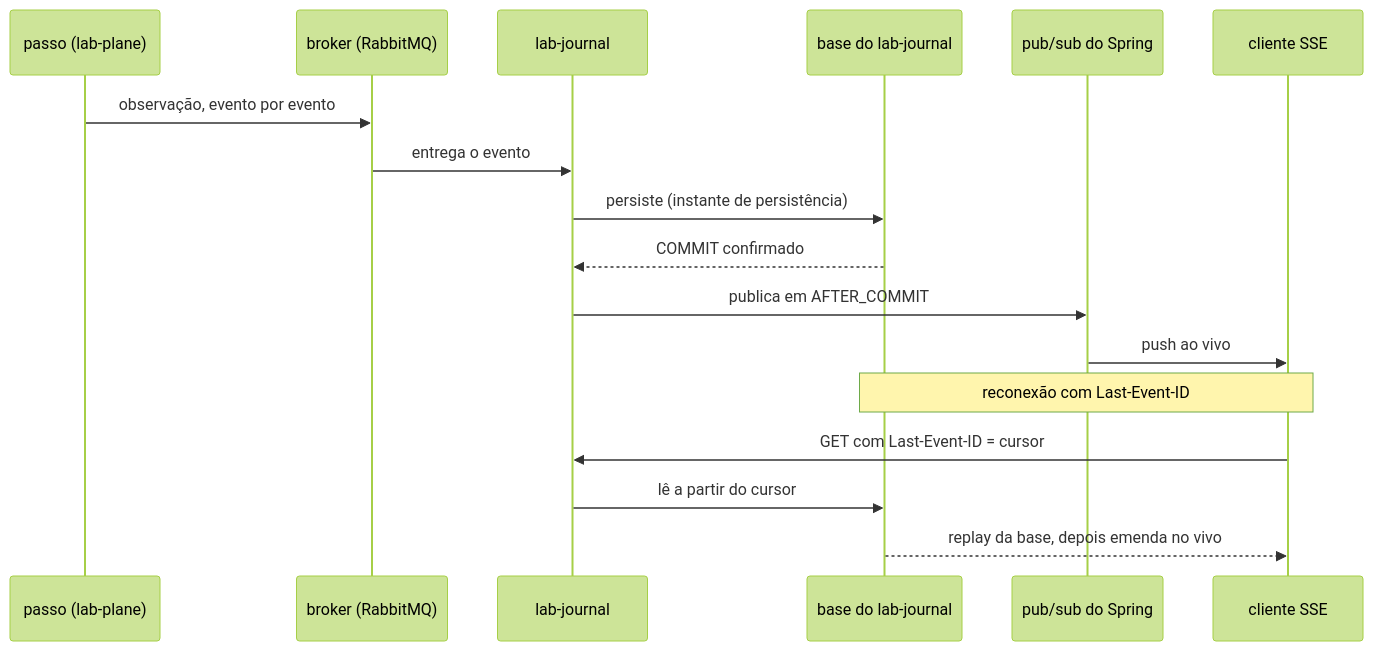
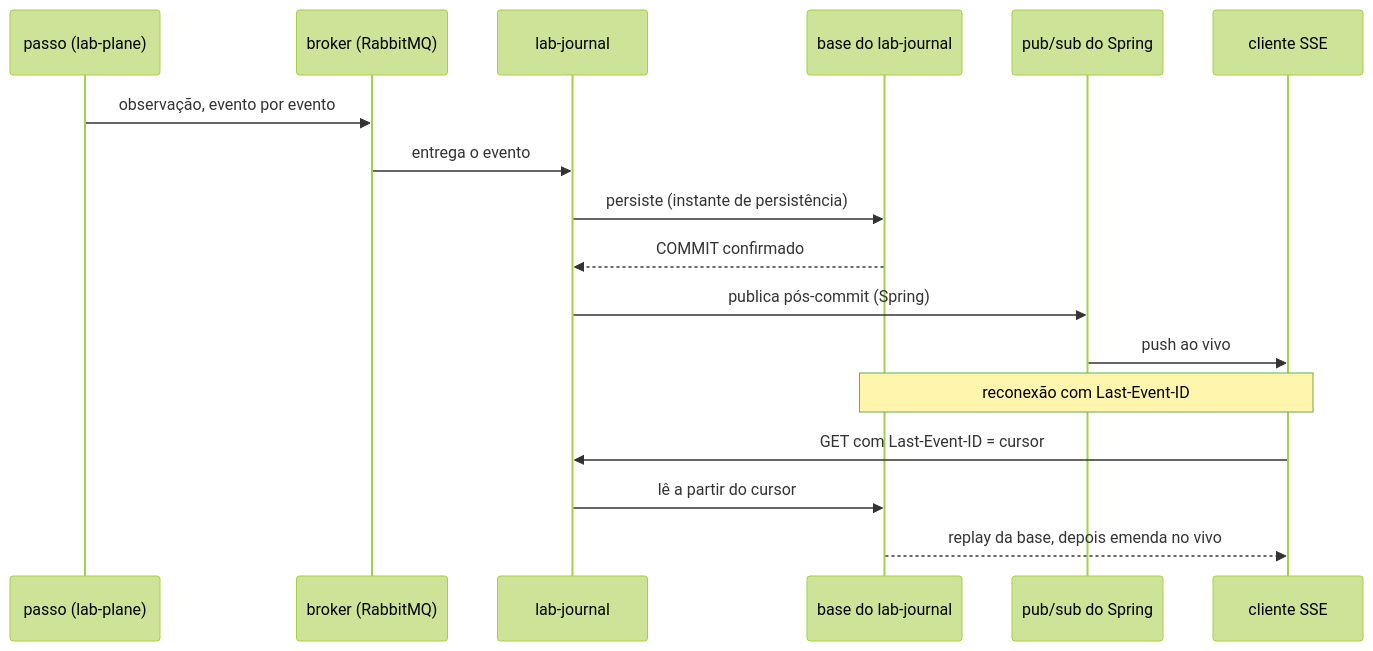
Before and after one commit to da0hn/distributed-systems-experiment-lab: diagram 14 of 21 in docs/adr/fila-de-decisoes.md, drawn with Mermaid (forest theme). The commit also changed other lines of this file and 1 other file, not shown here.

````diff
--- a/docs/adr/fila-de-decisoes.md
+++ b/docs/adr/fila-de-decisoes.md
@@ -2077,19 +2155,19 @@
 ```mermaid
 sequenceDiagram
     participant P as passo (lab-plane)
     participant B as broker (RabbitMQ)
     participant J as lab-journal
     participant D as base do lab-journal
     participant S as pub/sub do Spring
     participant C as cliente SSE
     P->>B: observação, evento por evento
     B->>J: entrega o evento
     J->>D: persiste (instante de persistência)
     D-->>J: COMMIT confirmado
-    J->>S: publica em AFTER_COMMIT
+    J->>S: publica pós-commit (Spring)
     S->>C: push ao vivo
     Note over C,D: reconexão com Last-Event-ID
     C->>J: GET com Last-Event-ID = cursor
     J->>D: lê a partir do cursor
     D-->>C: replay da base, depois emenda no vivo
 ```
````
